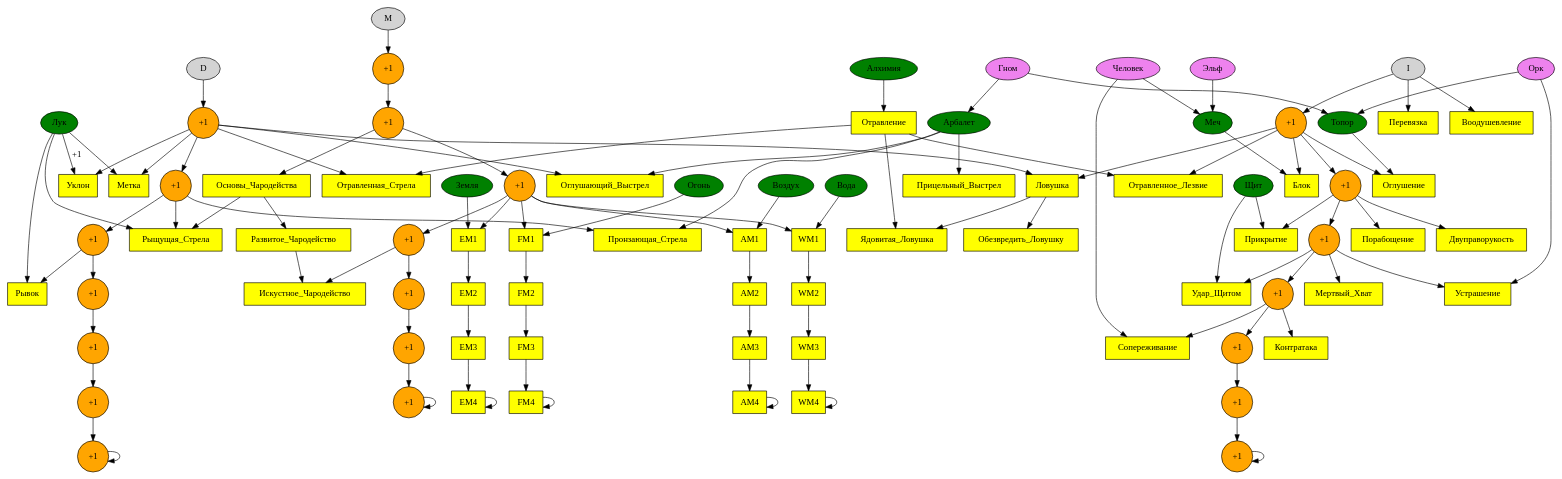
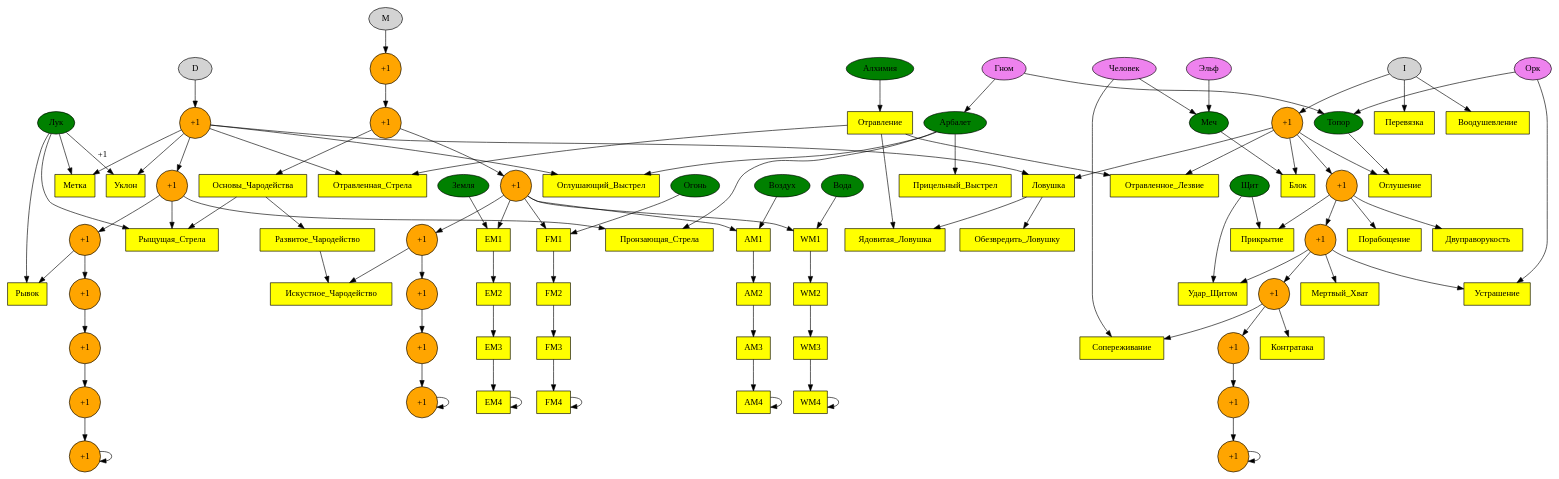
One commit to hurufu/rpg changed the diagram in rpg2.dot. Above: the diagram before and after it, drawn with Graphviz.

Commit message:
Реорганизирован код

```diff
--- a/rpg2.dot
+++ b/rpg2.dot
@@ -1,74 +1,74 @@
 strict digraph rpg {
 	node [style=filled]
 	D I M
 	node [fillcolor=green]
 	Лук Арбалет Алхимия Огонь Вода Земля Воздух Меч Топор Щит
 	node [fillcolor=violet]
 	Человек Гном Эльф Орк
 	node [label="+1", style=filled, shape=circle, fillcolor=orange, color=black]
 	D -> D1 -> D2 -> D3 -> D4 -> D5 -> D6 -> D7 -> D7
 	M -> M1 -> M2 -> M3 -> M4 -> M5 -> M6 -> M7 -> M7
 	I -> I1 -> I2 -> I3 -> I4 -> I5 -> I6 -> I7 -> I7
+
 	node [label="\N", shape=box, fillcolor=yellow]
 	Человек -> Меч
 	Человек -> Сопереживание
 	Эльф -> Меч
 	Гном -> Топор
 	Гном -> Арбалет
 	Орк -> Топор
 	Орк -> Устрашение
-	D1 -> Отравленная_Стрела
-	D1 -> Метка
-	D1 -> Уклон
-	D1 -> Ловушка
-	D1 -> Оглушающий_Выстрел
-	D2 -> Рыщущая_Стрела
-	D2 -> Пронзающая_Стрела
-	D3 -> Рывок
-	M2 -> Основы_Чародейства -> Развитое_Чародейство -> Искустное_Чародейство
-	Основы_Чародейства -> Рыщущая_Стрела
-	M4 -> Искустное_Чародейство
-	M3 -> FM1
-	M3 -> WM1
-	M3 -> EM1
-	M3 -> AM1
-	Огонь -> FM1
-	Вода -> WM1
-	Земля -> EM1
-	Воздух -> AM1
-	FM1 -> FM2 -> FM3 -> FM4 -> FM4
-	WM1 -> WM2 -> WM3 -> WM4 -> WM4
-	EM1 -> EM2 -> EM3 -> EM4 -> EM4
-	AM1 -> AM2 -> AM3 -> AM4 -> AM4
-	Лук -> Метка
-	Лук -> Уклон [label="+1"]
-	Лук -> Рывок
-	Лук -> Рыщущая_Стрела
-	Арбалет -> Прицельный_Выстрел
-	Арбалет -> Оглушающий_Выстрел
-	Арбалет -> Пронзающая_Стрела
-	Алхимия -> Отравление
-	Отравление -> Отравленная_Стрела
-	Отравление -> Ядовитая_Ловушка
-	Отравление -> Отравленное_Лезвие
+
 	I -> Перевязка
 	I -> Воодушевление
 	I1 -> Блок
 	I1 -> Оглушение
 	I1 -> Ловушка
 	I1 -> Отравленное_Лезвие
 	I2 -> Порабощение
 	I2 -> Двуправорукость
 	I2 -> Прикрытие
 	I3 -> Устрашение
 	I3 -> Мертвый_Хват
 	I3 -> Удар_Щитом
 	I4 -> Сопереживание
 	I4 -> Контратака
+	D1 -> Отравленная_Стрела
+	D1 -> Метка
+	D1 -> Уклон
+	D1 -> Ловушка
+	D1 -> Оглушающий_Выстрел
+	D2 -> Рыщущая_Стрела
+	D2 -> Пронзающая_Стрела
+	D3 -> Рывок
+	M2 -> Основы_Чародейства -> Развитое_Чародейство -> Искустное_Чародейство
+	M3 -> FM1 -> FM2 -> FM3 -> FM4 -> FM4
+	M3 -> WM1 -> WM2 -> WM3 -> WM4 -> WM4
+	M3 -> EM1 -> EM2 -> EM3 -> EM4 -> EM4
+	M3 -> AM1 -> AM2 -> AM3 -> AM4 -> AM4
+	M4 -> Искустное_Чародейство
+
+	Огонь -> FM1
+	Вода -> WM1
+	Земля -> EM1
+	Воздух -> AM1
+	Лук -> Метка
+	Лук -> Уклон [label="+1"]
+	Лук -> Рывок
+	Лук -> Рыщущая_Стрела
+	Арбалет -> Прицельный_Выстрел
+	Арбалет -> Оглушающий_Выстрел
+	Арбалет -> Пронзающая_Стрела
 	Меч -> Блок
 	Топор -> Оглушение
 	Щит -> Прикрытие
 	Щит -> Удар_Щитом
+	Алхимия -> Отравление
+
+	Основы_Чародейства -> Рыщущая_Стрела
+	Отравление -> Отравленная_Стрела
+	Отравление -> Ядовитая_Ловушка
+	Отравление -> Отравленное_Лезвие
 	Ловушка -> Обезвредить_Ловушку
 	Ловушка -> Ядовитая_Ловушка
 }
```
